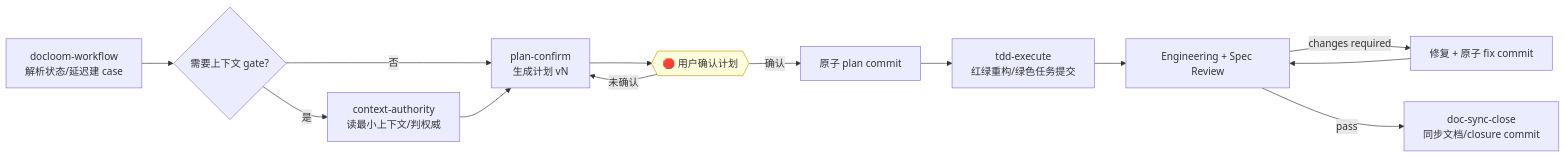
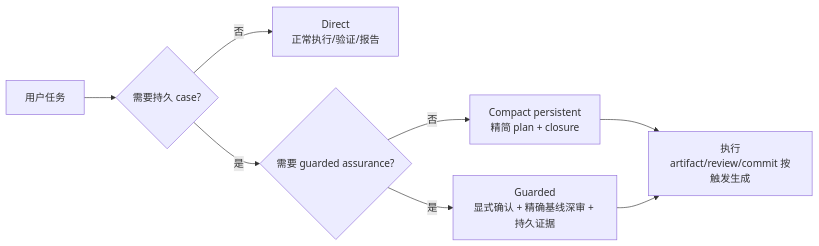
Before and after one commit to yomij/doc-loom-least: the third of 5 diagrams in docs/share/workflow-and-design.md, drawn with Mermaid. The commit also changed other lines of this file and 24 other files, not shown here.

First line of the commit message:
refactor: make workflow assurance proportional

````diff
--- a/docs/share/workflow-and-design.md
+++ b/docs/share/workflow-and-design.md
@@ -151,18 +157,10 @@
 ```mermaid
 flowchart LR
-    A[docloom-workflow<br/>解析状态/延迟建 case] --> B{需要上下文 gate?}
-    B -->|是| CTX[context-authority<br/>读最小上下文/判权威]
-    B -->|否| C
-    CTX --> C[plan-confirm<br/>生成计划 vN]
-    C --> GATE{{🛑 用户确认计划}}
-    GATE -->|未确认| C
-    GATE -->|确认| P[原子 plan commit]
-    P --> D[tdd-execute<br/>红绿重构/绿色任务提交]
-    D --> R[Engineering + Spec Review]
-    R -->|changes required| F[修复 + 原子 fix commit]
-    F --> R
-    R -->|pass| E[doc-sync-close<br/>同步文档/closure commit]
-
-    classDef gate fill:#ffd,stroke:#c90
-    class GATE gate
+    A[用户任务] --> C{需要持久 case?}
+    C -->|否| DIRECT[Direct<br/>正常执行/验证/报告]
+    C -->|是| G{需要 guarded assurance?}
+    G -->|否| COMPACT[Compact persistent<br/>精简 plan + closure]
+    G -->|是| GUARDED[Guarded<br/>显式确认 + 精确基线深审 + 持久证据]
+    COMPACT --> EXEC[执行<br/>artifact/review/commit 按触发生成]
+    GUARDED --> EXEC
 ```
````
